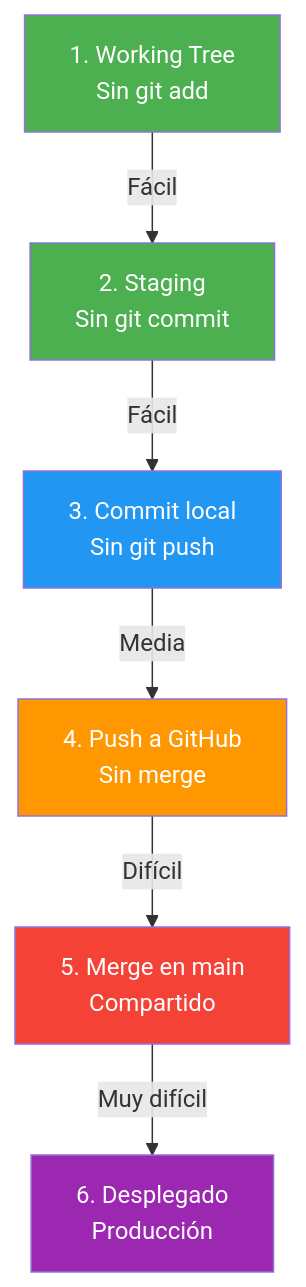
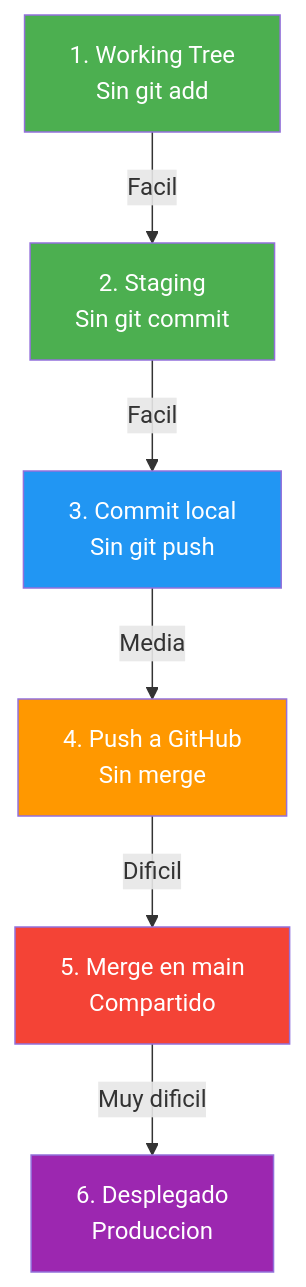
One commit to joseluisgs/EntornosDesarrollo-03-2026-2027 changed the first of 7 diagrams in 06-guia-emergencia.md. Above: the diagram before and after it, drawn with Mermaid. The commit also changed other lines of this file, not shown here.

````diff
--- a/06-guia-emergencia.md
+++ b/06-guia-emergencia.md
@@ -31,15 +35,15 @@
 ```mermaid
 flowchart TD
-    A["1. Working Tree<br/>Sin git add"] -->|Fácil| B["2. Staging<br/>Sin git commit"]
-    B -->|Fácil| C["3. Commit local<br/>Sin git push"]
+    A["1. Working Tree<br/>Sin git add"] -->|Facil| B["2. Staging<br/>Sin git commit"]
+    B -->|Facil| C["3. Commit local<br/>Sin git push"]
     C -->|Media| D["4. Push a GitHub<br/>Sin merge"]
-    D -->|Difícil| E["5. Merge en main<br/>Compartido"]
-    E -->|Muy difícil| F["6. Desplegado<br/>Producción"]
+    D -->|Dificil| E["5. Merge en main<br/>Compartido"]
+    E -->|Muy dificil| F["6. Desplegado<br/>Produccion"]
 
     style A fill:#4CAF50,color:#fff
     style B fill:#4CAF50,color:#fff
     style C fill:#2196F3,color:#fff
     style D fill:#FF9800,color:#fff
     style E fill:#f44336,color:#fff
     style F fill:#9C27B0,color:#fff
 ```
````
